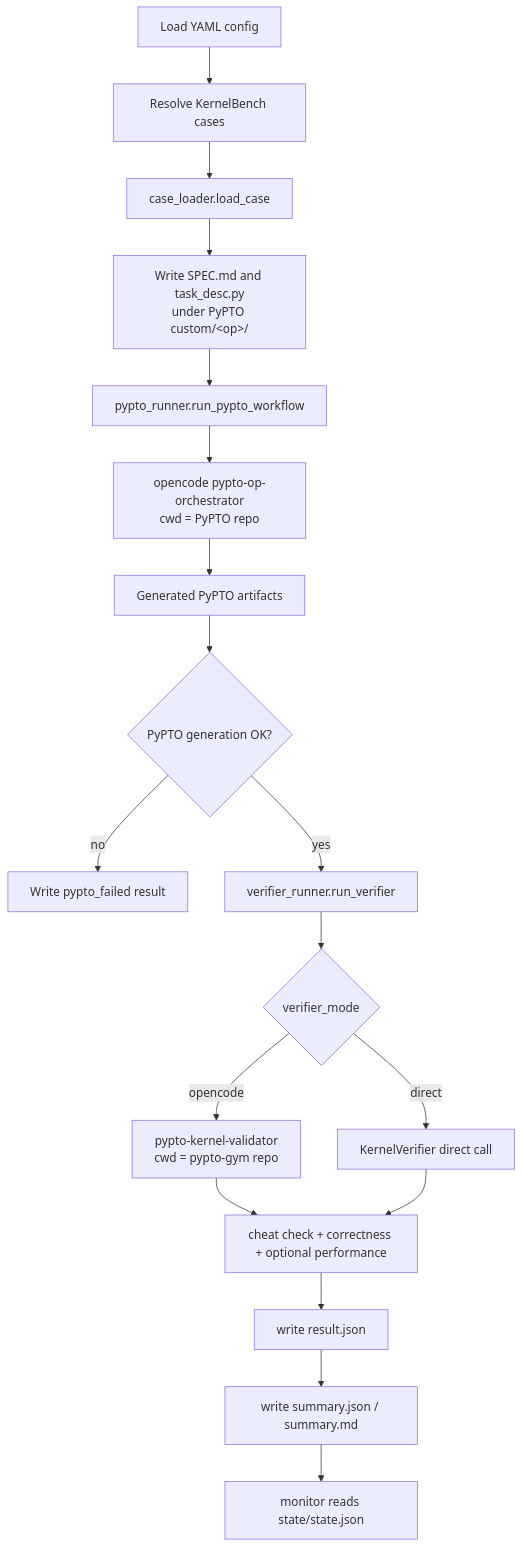
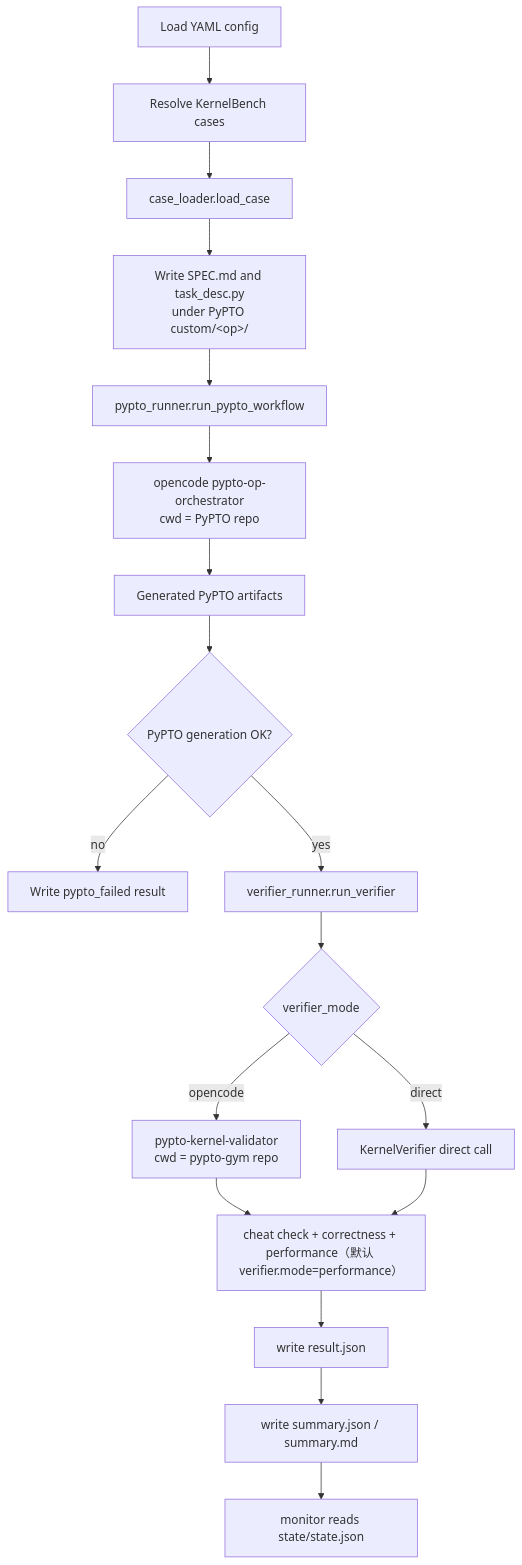
Before and after one commit to hicann/pypto-gym: the second of 3 diagrams in benchmark/docs/architecture.md, drawn with Mermaid. The commit also changed other lines of this file and 18 other files, not shown here.

````diff
--- a/benchmark/docs/architecture.md
+++ b/benchmark/docs/architecture.md
@@ -35,20 +35,20 @@
 ```mermaid
 flowchart TD
     A["Load YAML config"] --> B["Resolve KernelBench cases"]
     B --> C["case_loader.load_case"]
     C --> D["Write SPEC.md and task_desc.py<br/>under PyPTO custom/&lt;op&gt;/"]
     D --> E["pypto_runner.run_pypto_workflow"]
     E --> F["opencode pypto-op-orchestrator<br/>cwd = PyPTO repo"]
     F --> G["Generated PyPTO artifacts"]
     G --> H{"PyPTO generation OK?"}
     H -- no --> I["Write pypto_failed result"]
     H -- yes --> J["verifier_runner.run_verifier"]
     J --> K{"verifier_mode"}
     K -- opencode --> L["pypto-kernel-validator<br/>cwd = pypto-gym repo"]
     K -- direct --> M["KernelVerifier direct call"]
-    L --> N["cheat check + correctness + optional performance"]
+    L --> N["cheat check + correctness + performance（默认 verifier.mode=performance）"]
     M --> N
     N --> O["write result.json"]
     O --> P["write summary.json / summary.md"]
     P --> Q["monitor reads state/state.json"]
 ```
````
